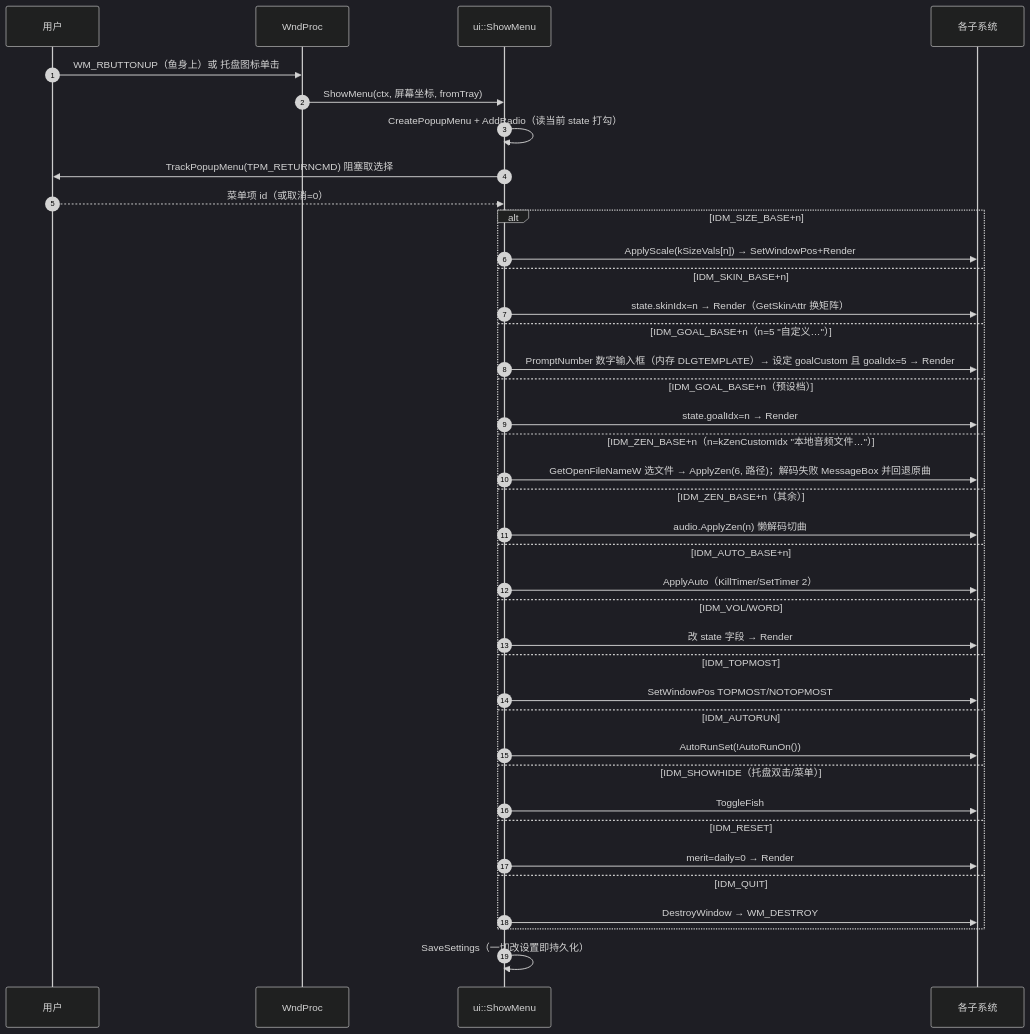
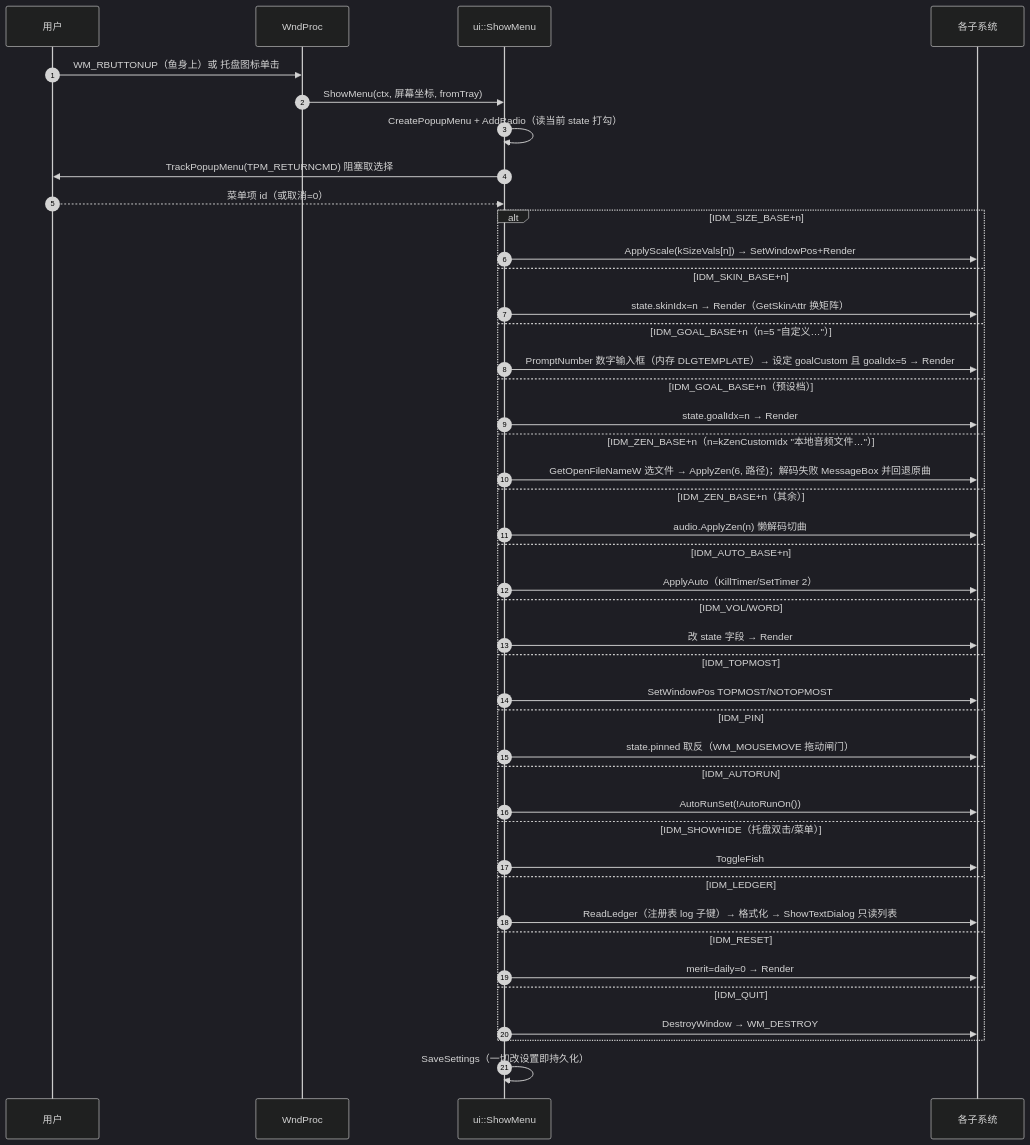
One commit to TianYunCode/wooden_fish changed the fourth of 5 diagrams in docs/sequence-diagrams.md. Above: the diagram before and after it, drawn with Mermaid (dark theme). The commit also changed other lines of this file and 13 other files, not shown here.

````diff
--- a/docs/sequence-diagrams.md
+++ b/docs/sequence-diagrams.md
@@ -119,42 +119,46 @@
 ```mermaid
 sequenceDiagram
     autonumber
     participant U as 用户
     participant WP as WndProc
     participant MU as ui::ShowMenu
     participant SYS as 各子系统
 
     U->>WP: WM_RBUTTONUP（鱼身上）或 托盘图标单击
     WP->>MU: ShowMenu(ctx, 屏幕坐标, fromTray)
     MU->>MU: CreatePopupMenu + AddRadio（读当前 state 打勾）
     MU->>U: TrackPopupMenu(TPM_RETURNCMD) 阻塞取选择
     U-->>MU: 菜单项 id（或取消=0）
     alt IDM_SIZE_BASE+n
         MU->>SYS: ApplyScale(kSizeVals[n]) → SetWindowPos+Render
     else IDM_SKIN_BASE+n
         MU->>SYS: state.skinIdx=n → Render（GetSkinAttr 换矩阵）
     else IDM_GOAL_BASE+n（n=5 "自定义…"）
         MU->>SYS: PromptNumber 数字输入框（内存 DLGTEMPLATE）→ 设定 goalCustom 且 goalIdx=5 → Render
     else IDM_GOAL_BASE+n（预设档）
         MU->>SYS: state.goalIdx=n → Render
     else IDM_ZEN_BASE+n（n=kZenCustomIdx "本地音频文件…"）
         MU->>SYS: GetOpenFileNameW 选文件 → ApplyZen(6, 路径)；解码失败 MessageBox 并回退原曲
     else IDM_ZEN_BASE+n（其余）
         MU->>SYS: audio.ApplyZen(n) 懒解码切曲
     else IDM_AUTO_BASE+n
         MU->>SYS: ApplyAuto（KillTimer/SetTimer 2）
     else IDM_VOL/WORD
         MU->>SYS: 改 state 字段 → Render
     else IDM_TOPMOST
         MU->>SYS: SetWindowPos TOPMOST/NOTOPMOST
+    else IDM_PIN
+        MU->>SYS: state.pinned 取反（WM_MOUSEMOVE 拖动闸门）
     else IDM_AUTORUN
         MU->>SYS: AutoRunSet(!AutoRunOn())
     else IDM_SHOWHIDE（托盘双击/菜单）
         MU->>SYS: ToggleFish
+    else IDM_LEDGER
+        MU->>SYS: ReadLedger（注册表 log 子键）→ 格式化 → ShowTextDialog 只读列表
     else IDM_RESET
         MU->>SYS: merit=daily=0 → Render
     else IDM_QUIT
         MU->>SYS: DestroyWindow → WM_DESTROY
     end
     MU->>MU: SaveSettings（一切改设置即持久化）
 ```
````
